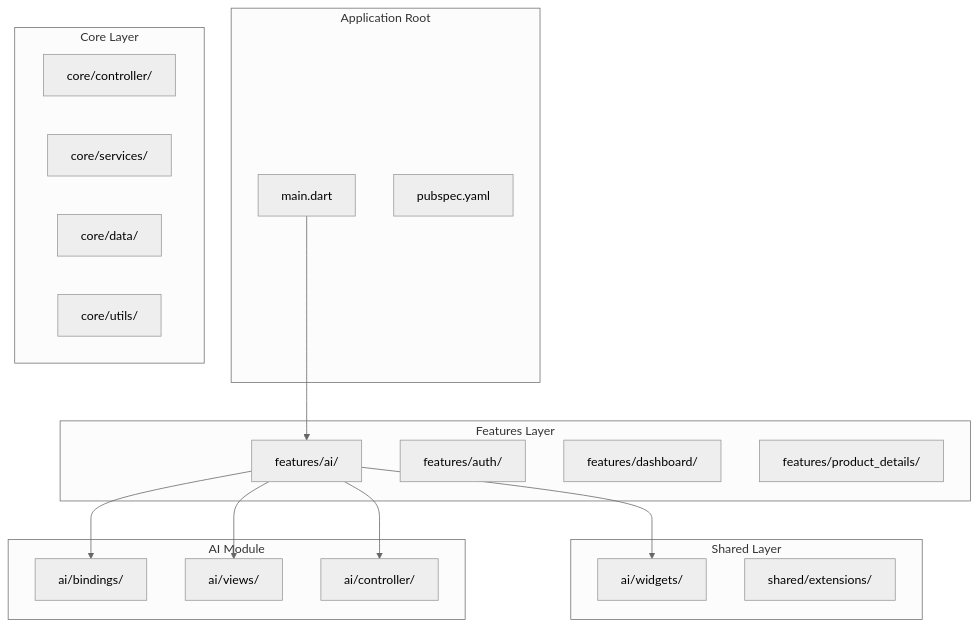
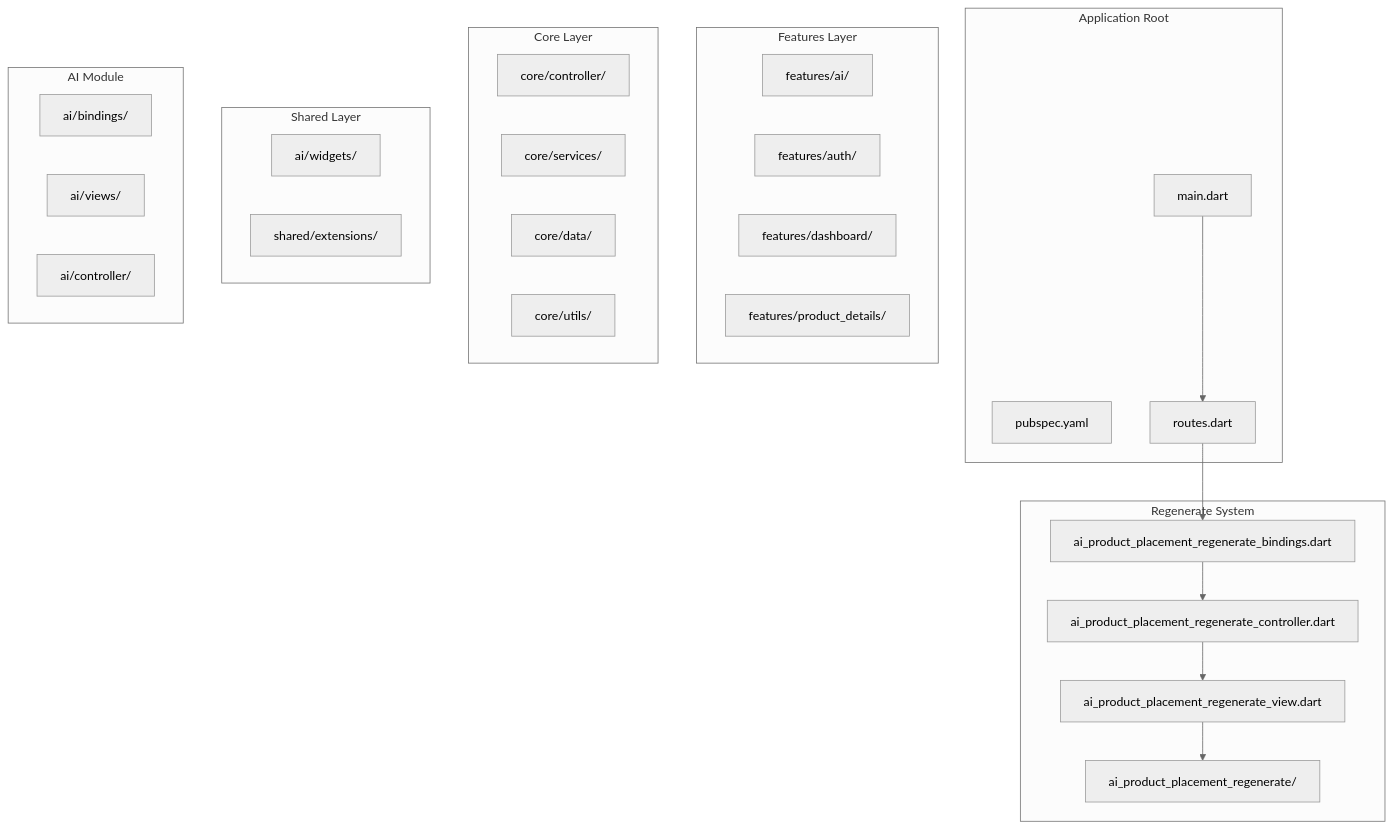
One commit to Ariful3111/FurniGo changed the first of 10 diagrams in .qoder/repowiki/en/content/Shared Components and Utilities/AI Product Placement Widget Library.md. Above: the diagram before and after it, drawn with Mermaid (neutral theme). The commit also changed other lines of this file and 10 other files, not shown here.

````diff
--- a/.qoder/repowiki/en/content/Shared Components and Utilities/AI Product Placement Widget Library.md
+++ b/.qoder/repowiki/en/content/Shared Components and Utilities/AI Product Placement Widget Library.md
@@ -57,34 +60,41 @@
 ```mermaid
 graph TB
 subgraph "Application Root"
 Main[main.dart]
 Pubspec[pubspec.yaml]
+Routes[routes.dart]
 end
 subgraph "Features Layer"
 AI[features/ai/]
 Auth[features/auth/]
 Dashboard[features/dashboard/]
 Products[features/product_details/]
 end
 subgraph "Core Layer"
 Controllers[core/controller/]
 Services[core/services/]
 Data[core/data/]
 Utils[core/utils/]
 end
 subgraph "Shared Layer"
 Widgets[shared/widgets/]
 Extensions[shared/extensions/]
 end
 subgraph "AI Module"
 Bindings[ai/bindings/]
 Views[ai/views/]
 Widgets[ai/widgets/]
 Controller[ai/controller/]
 end
-Main --> AI
-AI --> Bindings
-AI --> Views
-AI --> Widgets
-AI --> Controller
+subgraph "Regenerate System"
+RegenerateBindings[ai_product_placement_regenerate_bindings.dart]
+RegenerateController[ai_product_placement_regenerate_controller.dart]
+RegenerateViews[ai_product_placement_regenerate_view.dart]
+RegenerateWidgets[ai_product_placement_regenerate/]
+end
+Main --> Routes
+Routes --> RegenerateBindings
+RegenerateBindings --> RegenerateController
+RegenerateController --> RegenerateViews
+RegenerateViews --> RegenerateWidgets
 ```
````
